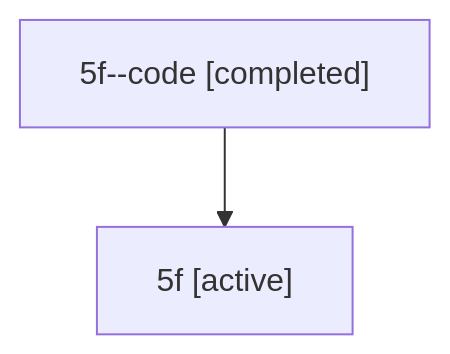
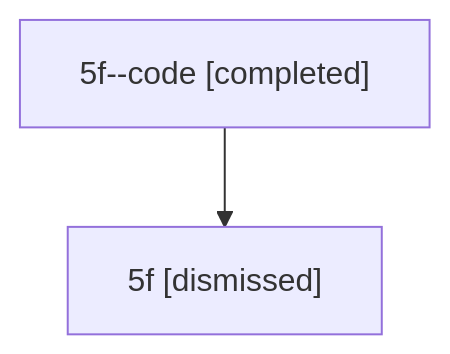
One commit to sase-org/sase--agents changed the diagram in sessions/bbugyi200.athena.5f.md. Above: the diagram before and after it, drawn with Mermaid. The commit also changed other lines of this file and 42 other files, not shown here.

````diff
--- a/sessions/bbugyi200.athena.5f.md
+++ b/sessions/bbugyi200.athena.5f.md
@@ -9,6 +9,6 @@
 ```mermaid
 flowchart TD
   n0["5f--code [completed]"]
-  n1["5f [active]"]
+  n1["5f [dismissed]"]
   n0 --> n1
 ```
````
